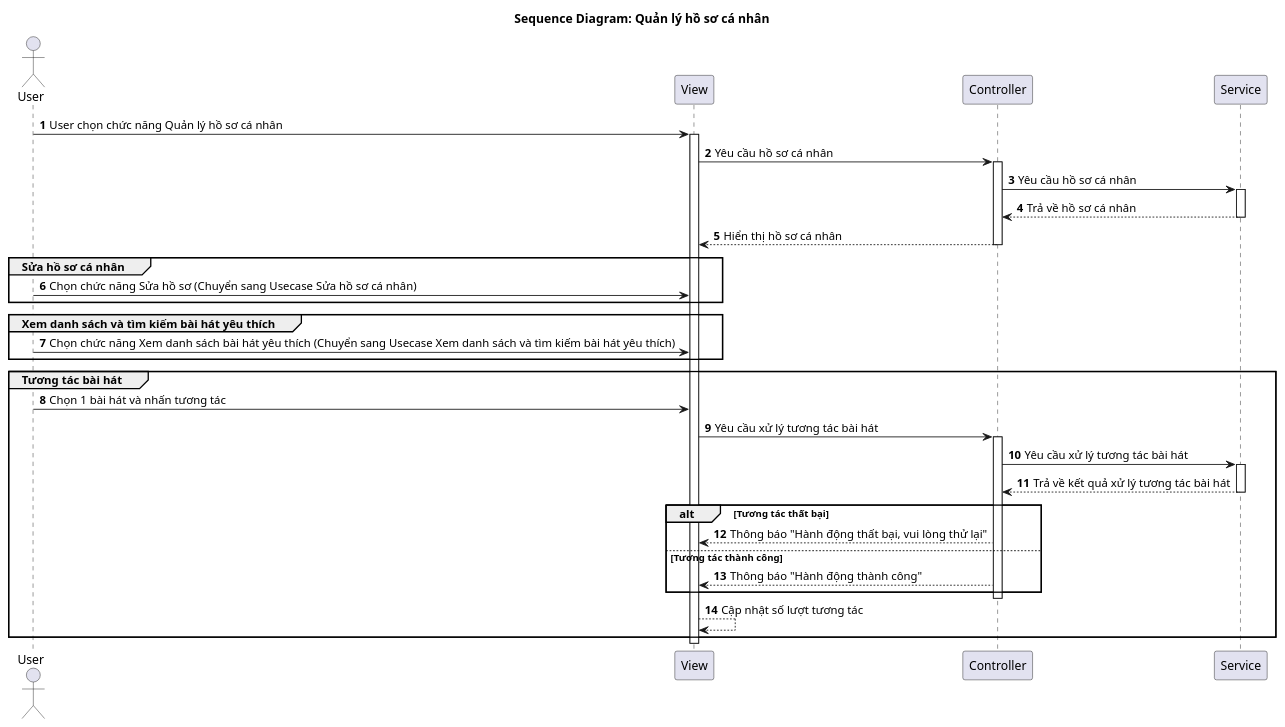
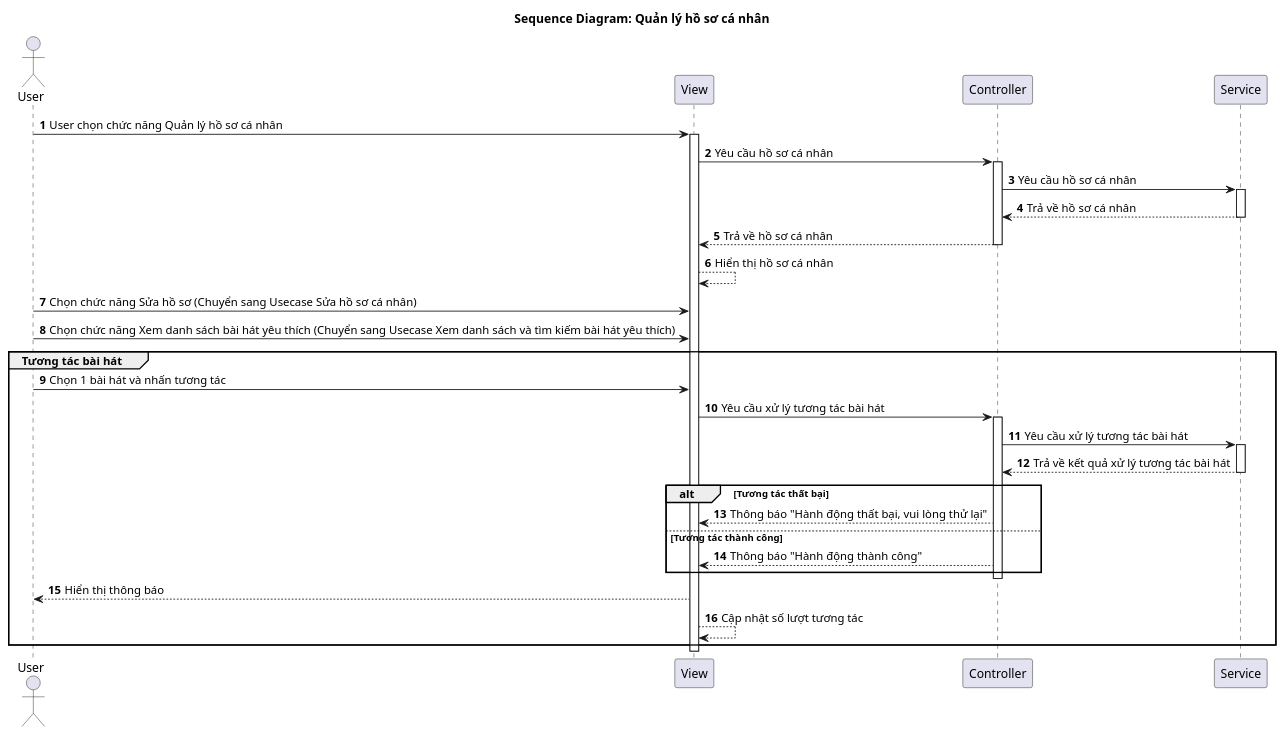
The diagram in Diagrams/SequenceDiagram/ManageProfileSD.plantuml (vinh047/soundwave), drawn with PlantUML before and after one commit. The commit also changed 24 other files, not shown here.

Commit message:
Đổi đường đi của Hiển thị trong SD

```diff
--- a/Diagrams/SequenceDiagram/ManageProfileSD.plantuml
+++ b/Diagrams/SequenceDiagram/ManageProfileSD.plantuml
@@ -1,46 +1,45 @@
 @startuml SD
 
 actor "User" as User
 participant "View" as View
 participant "Controller" as Controller
 participant "Service" as Service
 
 title Sequence Diagram: Quản lý hồ sơ cá nhân
 
 autonumber
 
 User -> View: User chọn chức năng Quản lý hồ sơ cá nhân
 activate View
 View -> Controller: Yêu cầu hồ sơ cá nhân
 activate Controller
 Controller -> Service: Yêu cầu hồ sơ cá nhân
 activate Service
 Service --> Controller: Trả về hồ sơ cá nhân
 deactivate Service
-Controller --> View: Hiển thị hồ sơ cá nhân
+Controller --> View: Trả về hồ sơ cá nhân
 deactivate Controller
+View --> View: Hiển thị hồ sơ cá nhân
 
-group Sửa hồ sơ cá nhân
-    User -> View: Chọn chức năng Sửa hồ sơ (Chuyển sang Usecase Sửa hồ sơ cá nhân)
-end
-group Xem danh sách và tìm kiếm bài hát yêu thích
-    User -> View: Chọn chức năng Xem danh sách bài hát yêu thích (Chuyển sang Usecase Xem danh sách và tìm kiếm bài hát yêu thích)
-end
+User -> View: Chọn chức năng Sửa hồ sơ (Chuyển sang Usecase Sửa hồ sơ cá nhân)
+User -> View: Chọn chức năng Xem danh sách bài hát yêu thích (Chuyển sang Usecase Xem danh sách và tìm kiếm bài hát yêu thích)
+
 group Tương tác bài hát
     User -> View: Chọn 1 bài hát và nhấn tương tác
     View -> Controller: Yêu cầu xử lý tương tác bài hát
     activate Controller
     Controller -> Service: Yêu cầu xử lý tương tác bài hát
     activate Service
     Service --> Controller: Trả về kết quả xử lý tương tác bài hát
     deactivate Service
     alt Tương tác thất bại
         Controller --> View: Thông báo "Hành động thất bại, vui lòng thử lại"
     else Tương tác thành công
         Controller --> View: Thông báo "Hành động thành công"
     end
     deactivate Controller
+    View --> User: Hiển thị thông báo
     View --> View: Cập nhật số lượt tương tác
 end
 deactivate View
 @enduml
```
